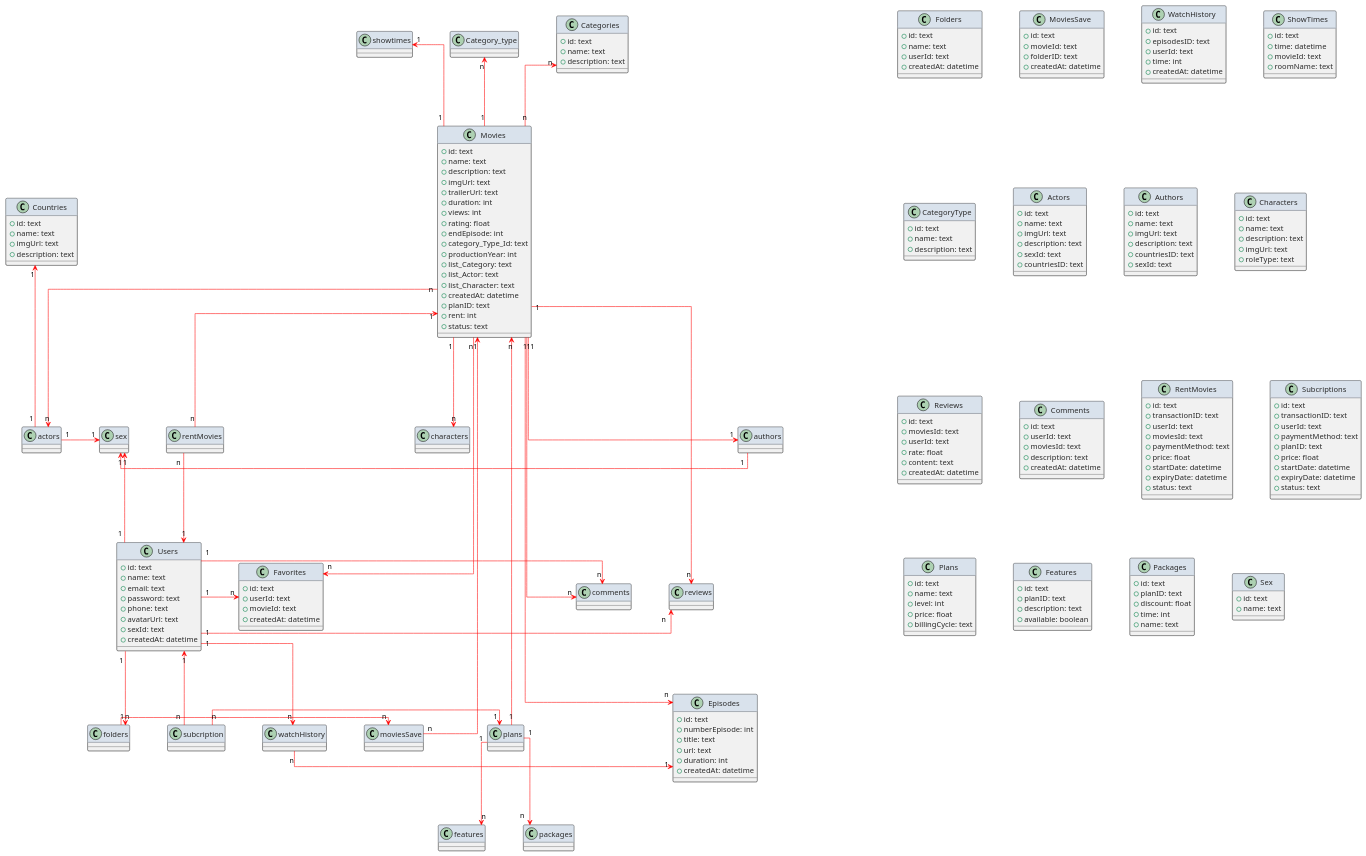
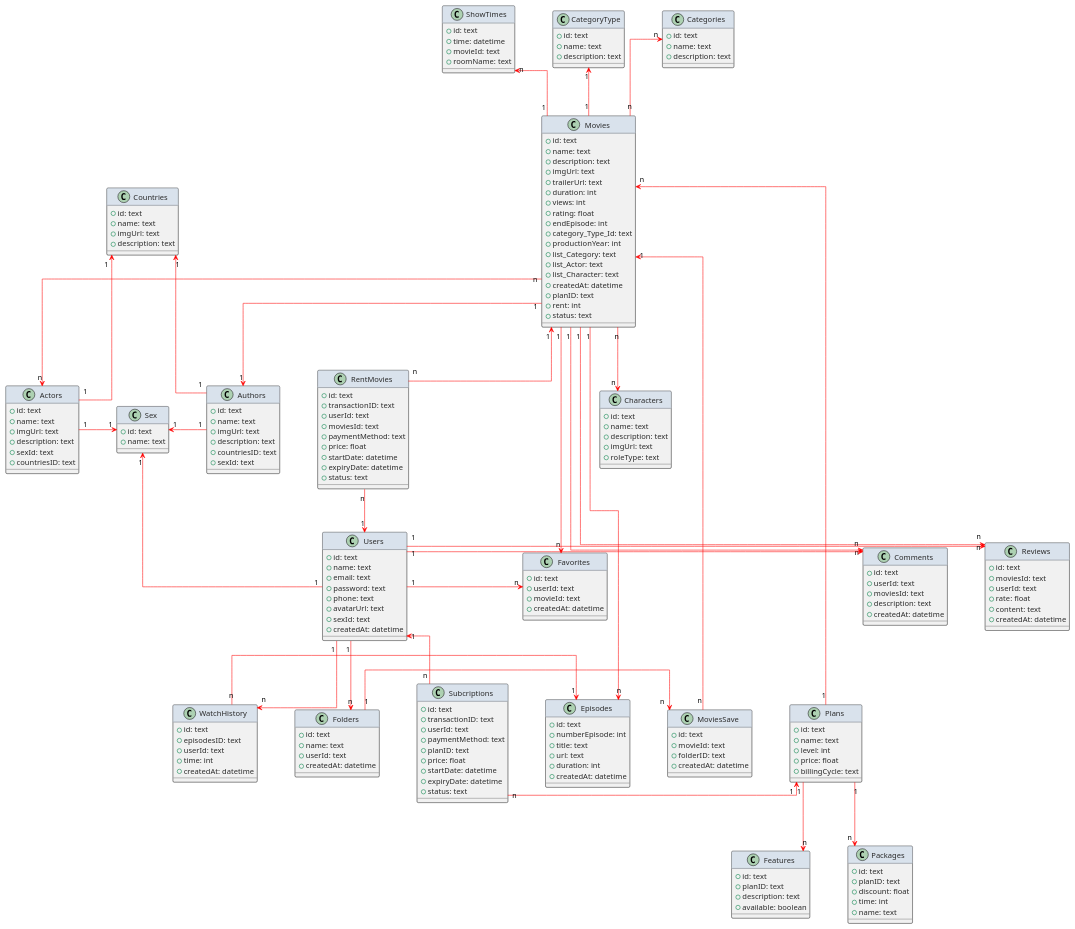
One commit to NV-DuyManh/FRONT_END changed the diagram in Day 28/ClassWebFilm.pu. Above: the diagram before and after it, drawn with PlantUML.

Commit message:
Update Class

```diff
--- a/Day 28/ClassWebFilm.pu
+++ b/Day 28/ClassWebFilm.pu
@@ -203,40 +203,42 @@
     + name: text
 }
 
+Movies "1" -down-> "n" Favorites
+Movies "n" -down-> "n" Actors
+Movies "1" -down-> "1" Authors
+Movies "1" -right-> "n" Episodes
+Movies "n" -down-> "n" Characters
+Movies "n" -up-> "n" Categories
+Movies "1" -left-> "n" Reviews
+Movies "1" -left-> "n" Comments
+Movies "1" -up-> "1" CategoryType
+Movies "1" -up-> "n" ShowTimes
 
-Movies "n" -down-> "n" Favorites
-Movies "n" -down-> "n" actors
-Movies "1" -down-> "1" authors
-Movies "1" -right-> "n" Episodes
-Movies "1" -down-> "n" characters
-Movies "n" -up-> "n" Categories
-Movies "1" -left-> "n" reviews
-Movies "1" -left-> "n" comments
-Movies "1" -up-> "n" Category_type
-Movies "1" -up-> "1" showtimes
-
-actors "1" -right-> "1" sex
-authors "1" -left-> "1" sex
-Users "1" -up-> "1" sex
-actors "1" -up-> "1" Countries
+Actors "1" -right-> "1" Sex
+Authors "1" -left-> "1" Sex
+Users "1" -up-> "1" Sex
+Actors "1" -up-> "1" Countries
+Authors "1" -up-> "1" Countries
 
 Users "1" -right-> "n" Favorites
-Users "1" -right-> "n" comments
-Users "1" -right-> "n" reviews
-Users "1" -down-> "n" folders
-Users "1" -down-> "n" watchHistory
+Users "1" -right-> "n" Comments
+Users "1" -right-> "n" Reviews
+Users "1" -down-> "n" Folders
+Users "1" -down-> "n" WatchHistory
 
-folders "1" -right-> "n" moviesSave
-watchHistory "n" -right-> "1" Episodes
+Folders "1" -right-> "n" MoviesSave
+WatchHistory "n" -right-> "1" Episodes
 
-plans "1" -down-> "n" features
-plans "1" -down-> "n" packages
-plans "1" -left-> "n" Movies
+Plans "1" -down-> "n" Features
+Plans "1" -down-> "n" Packages
+Plans "1" -left-> "n" Movies
 
-rentMovies "n" -down-> "1" Users
-rentMovies "n" -up-> "1" Movies
-subcription "n" -up-> "1" Users
-subcription "n" -right-> "1" plans
-moviesSave "n" -up-> "1" Movies
+RentMovies "n" -down-> "1" Users
+RentMovies "n" -up-> "1" Movies
+
+Subcriptions "n" -up-> "1" Users
+Subcriptions "n" -right-> "1" Plans
+
+MoviesSave "n" -up-> "1" Movies
 
 @enduml
```
